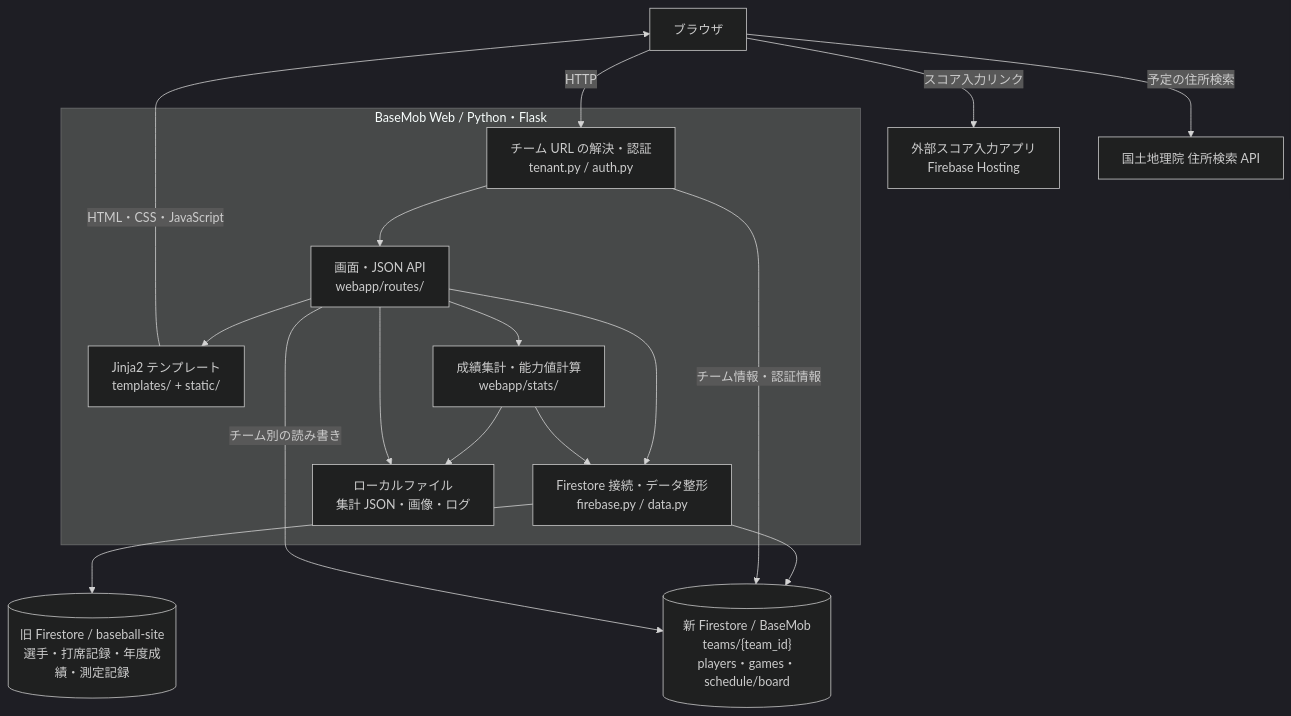
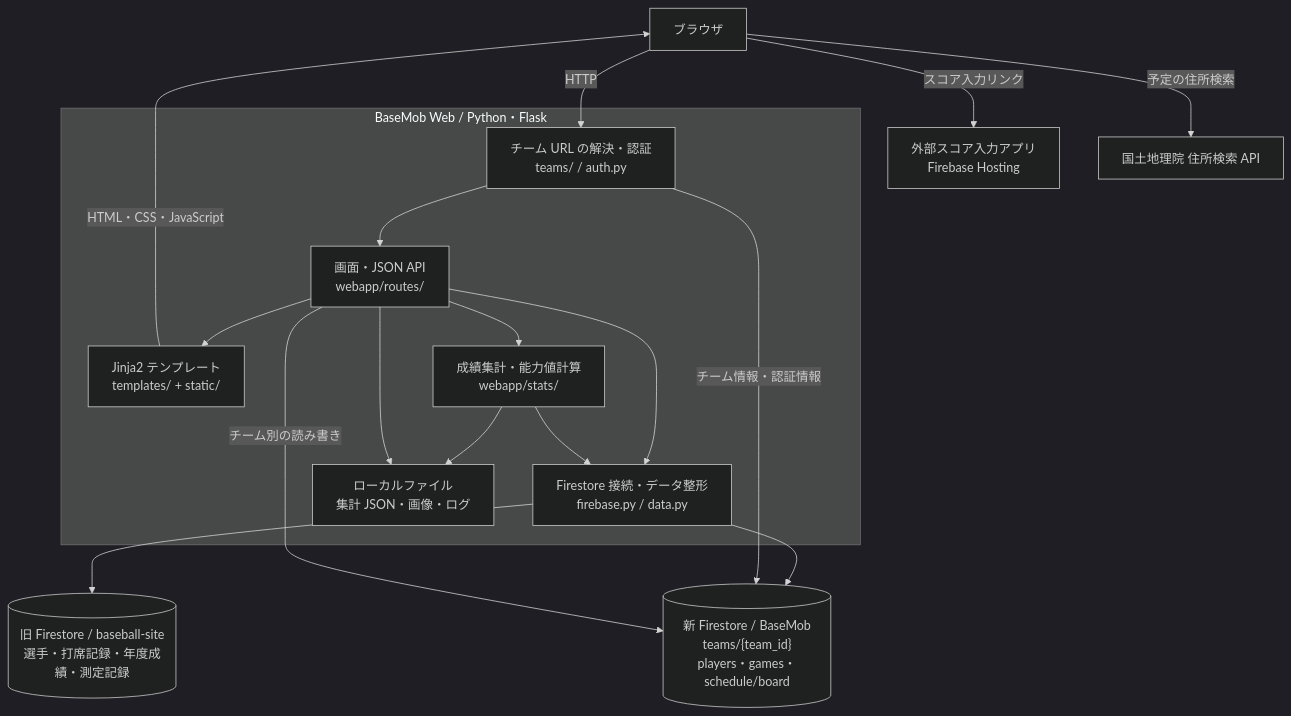
The diagram in README.md (t-kik0313/basemob-web), drawn with Mermaid (dark theme) before and after one commit. The commit also changed other lines of this file and 148 other files, not shown here.

````diff
--- a/README.md
+++ b/README.md
@@ -20,34 +20,34 @@
 ```mermaid
 flowchart TB
     browser["ブラウザ"]
     score["外部スコア入力アプリ<br/>Firebase Hosting"]
     geo["国土地理院 住所検索 API"]
 
     subgraph server["BaseMob Web / Python・Flask"]
-        auth["チーム URL の解決・認証<br/>tenant.py / auth.py"]
+        auth["チーム URL の解決・認証<br/>teams/ / auth.py"]
         routes["画面・JSON API<br/>webapp/routes/"]
         view["Jinja2 テンプレート<br/>templates/ + static/"]
         stats["成績集計・能力値計算<br/>webapp/stats/"]
         data["Firestore 接続・データ整形<br/>firebase.py / data.py"]
         files["ローカルファイル<br/>集計 JSON・画像・ログ"]
     end
 
     newdb[("新 Firestore / BaseMob<br/>teams/{team_id}<br/>players・games・schedule/board")]
     olddb[("旧 Firestore / baseball-site<br/>選手・打席記録・年度成績・測定記録")]
 
     browser -->|HTTP| auth
     auth --> routes
     routes --> view
     view -->|HTML・CSS・JavaScript| browser
     routes --> stats
     routes --> data
     stats --> data
     data --> newdb
     data --> olddb
     auth -->|チーム情報・認証情報| newdb
     routes -->|チーム別の読み書き| newdb
     stats --> files
     routes --> files
     browser -->|スコア入力リンク| score
     browser -->|予定の住所検索| geo
 ```
````
